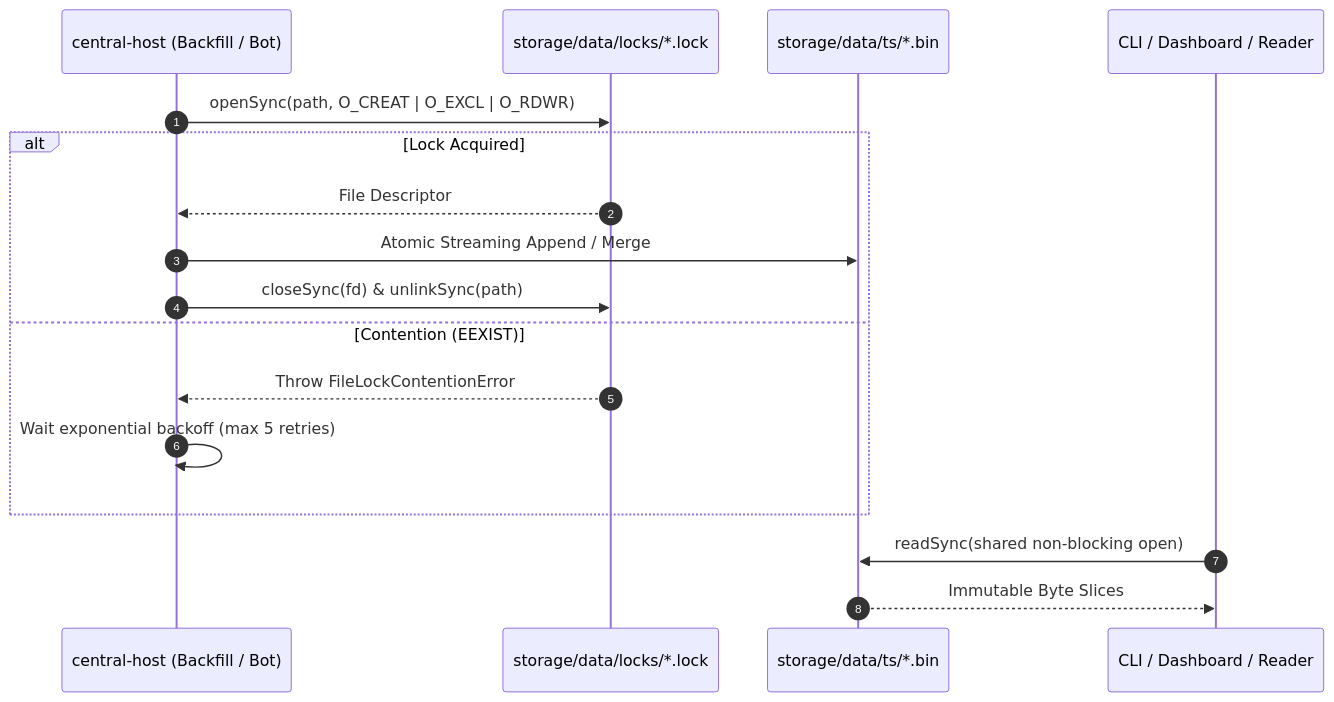
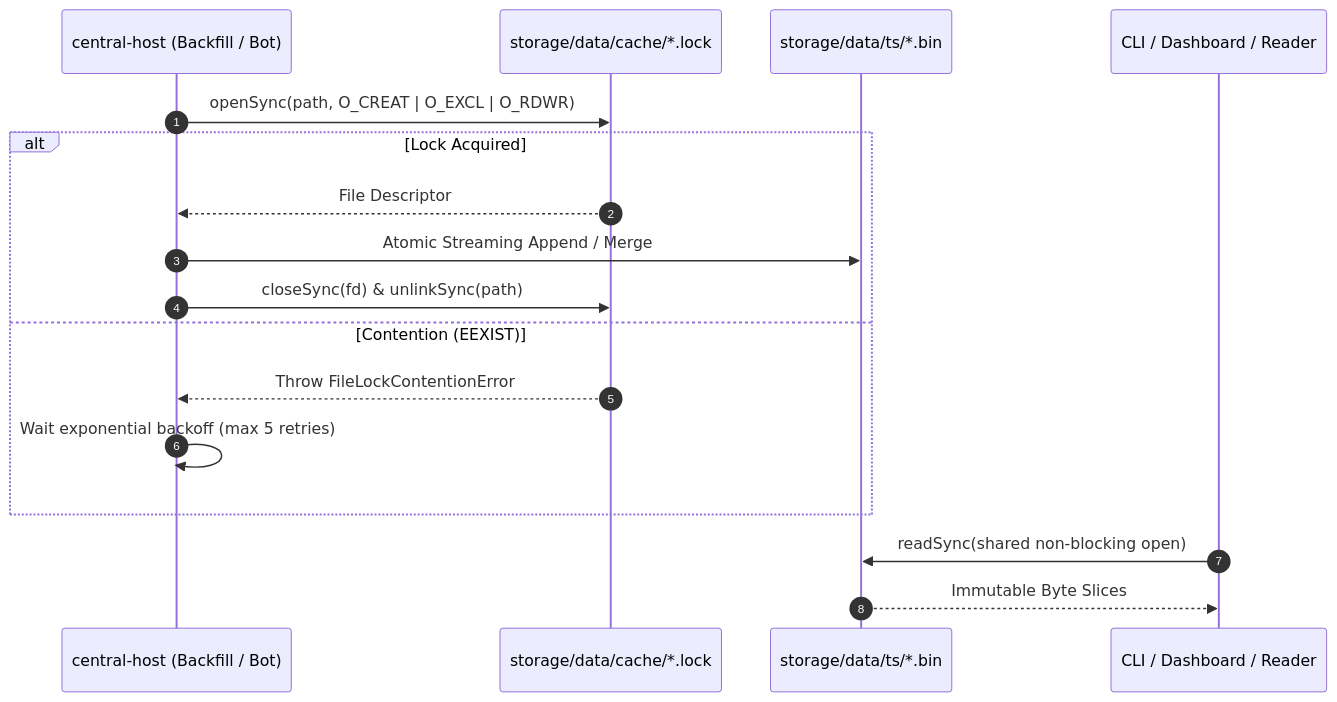
One commit to vgbn2/personal_finance_draft changed the second of 2 diagrams in docs/engineering/specs/technical_spec.md. Above: the diagram before and after it, drawn with Mermaid. The commit also changed other lines of this file and 34 other files, not shown here.

First line of the commit message:
fix(docs): remediate rendering crashes, root escapes, and architectural path drift (#4)

````diff
--- a/docs/engineering/specs/technical_spec.md
+++ b/docs/engineering/specs/technical_spec.md
@@ -100,20 +101,20 @@
 ```mermaid
 sequenceDiagram
     autonumber
     participant Writer as central-host (Backfill / Bot)
-    participant Lock as storage/data/locks/*.lock
+    participant Lock as storage/data/cache/*.lock
     participant Storage as storage/data/ts/*.bin
     participant Reader as CLI / Dashboard / Reader
 
     Writer->>Lock: openSync(path, O_CREAT | O_EXCL | O_RDWR)
     alt Lock Acquired
         Lock-->>Writer: File Descriptor
         Writer->>Storage: Atomic Streaming Append / Merge
         Writer->>Lock: closeSync(fd) & unlinkSync(path)
     else Contention (EEXIST)
         Lock-->>Writer: Throw FileLockContentionError
         Writer->>Writer: Wait exponential backoff (max 5 retries)
     end
     Reader->>Storage: readSync(shared non-blocking open)
     Storage-->>Reader: Immutable Byte Slices
 ```
````
